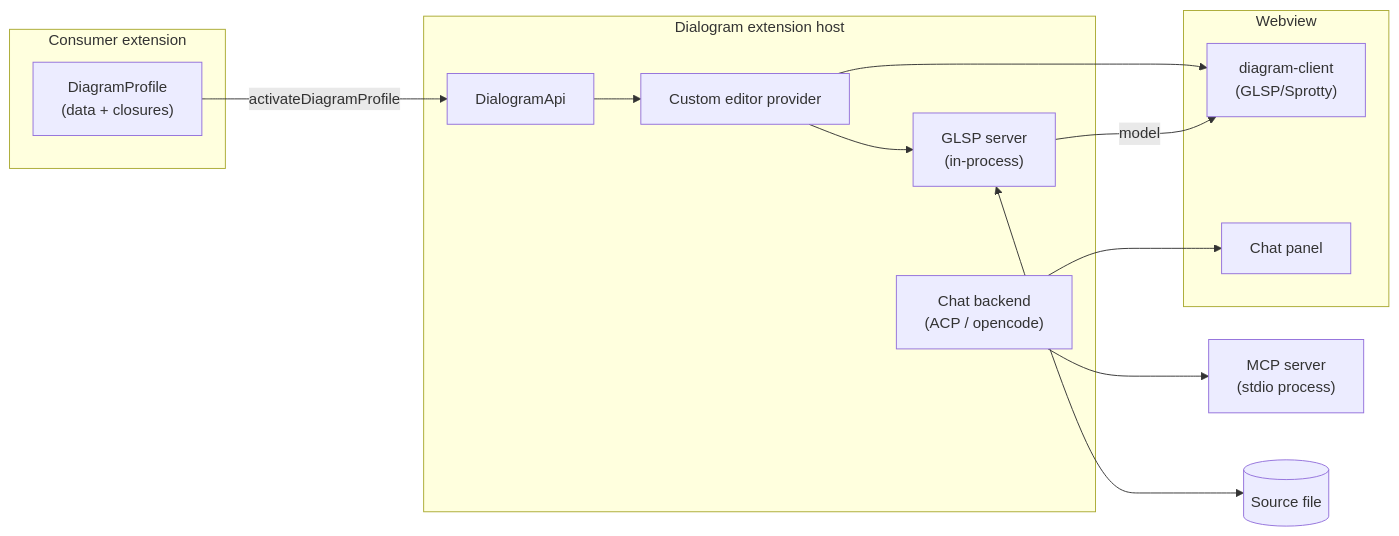
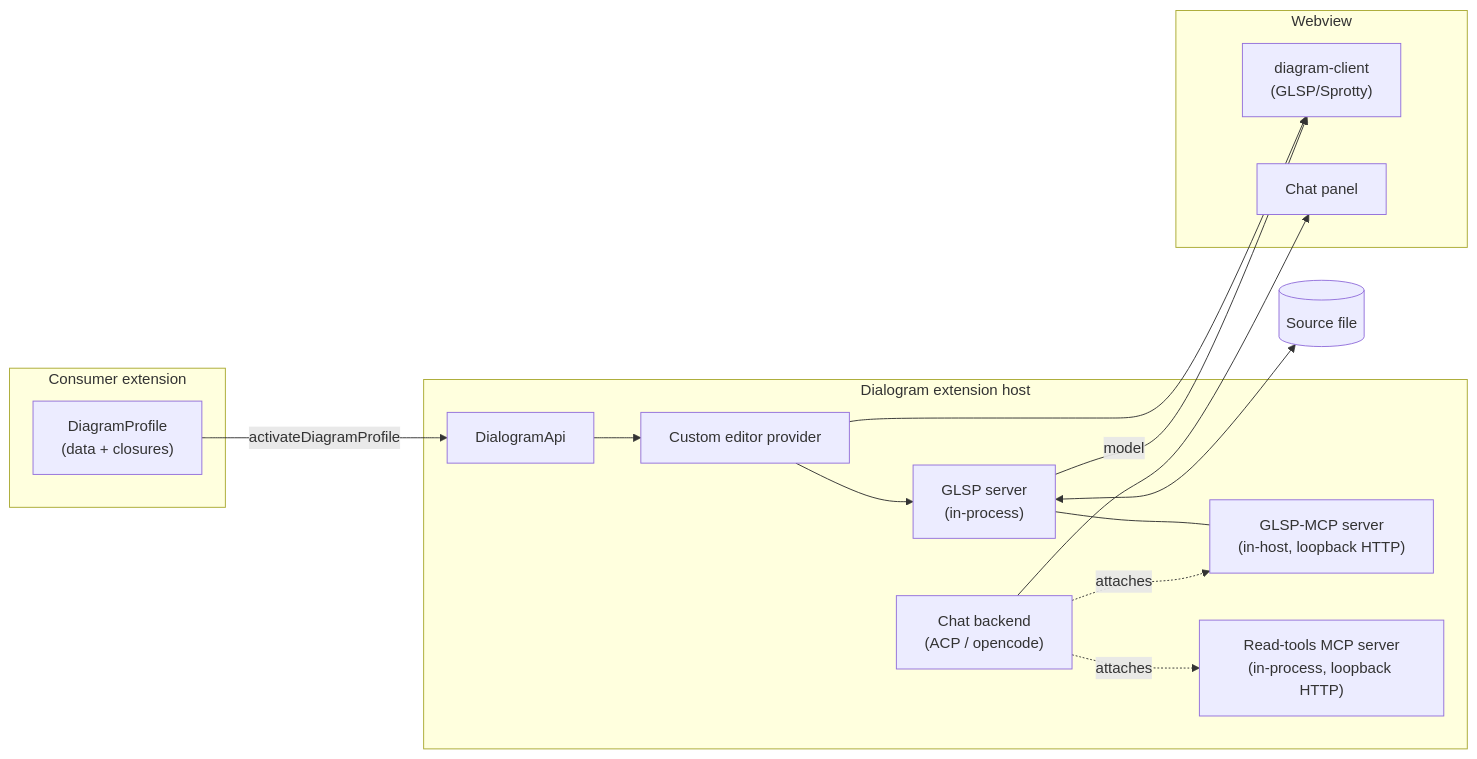
Before and after one commit to endrix/dialogram: the diagram in README.md, drawn with Mermaid. The commit also changed other lines of this file and 5 other files, not shown here.

Commit message:
docs: post-cutover architecture — drop stdio MCP references

````diff
--- a/README.md
+++ b/README.md
@@ -44,26 +50,29 @@
 ```mermaid
 flowchart LR
     subgraph consumer["Consumer extension"]
         P["DiagramProfile<br/>(data + closures)"]
     end
     subgraph dialogram["Dialogram extension host"]
         API["DialogramApi"]
         EP["Custom editor provider"]
         GS["GLSP server<br/>(in-process)"]
         CB["Chat backend<br/>(ACP / opencode)"]
+        GMCP["GLSP-MCP server<br/>(in-host, loopback HTTP)"]
+        RMCP["Read-tools MCP server<br/>(in-process, loopback HTTP)"]
     end
     subgraph webview["Webview"]
         DC["diagram-client<br/>(GLSP/Sprotty)"]
         CP["Chat panel"]
     end
-    MCP["MCP server<br/>(stdio process)"]
     SRC[("Source file")]
 
     P -->|activateDiagramProfile| API
     API --> EP --> DC
     EP --> GS
     GS -->|model| DC
+    GS --- GMCP
     CB --> CP
-    CB --> MCP
+    CB -. attaches .-> GMCP
+    CB -. attaches .-> RMCP
     GS <--> SRC
 ```
````
